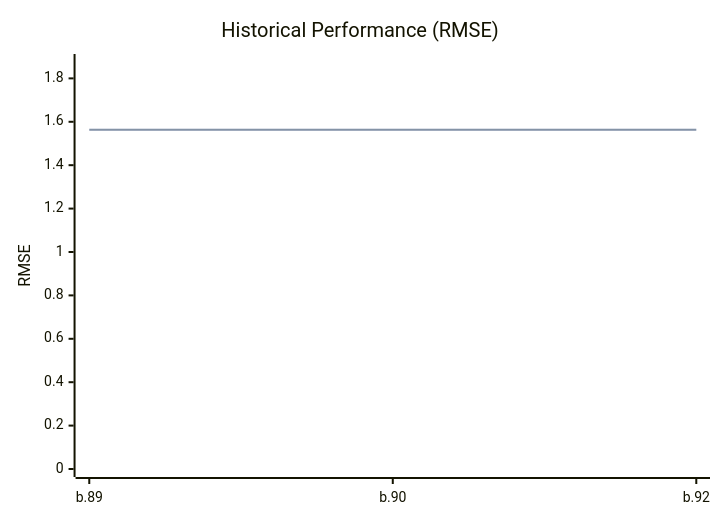
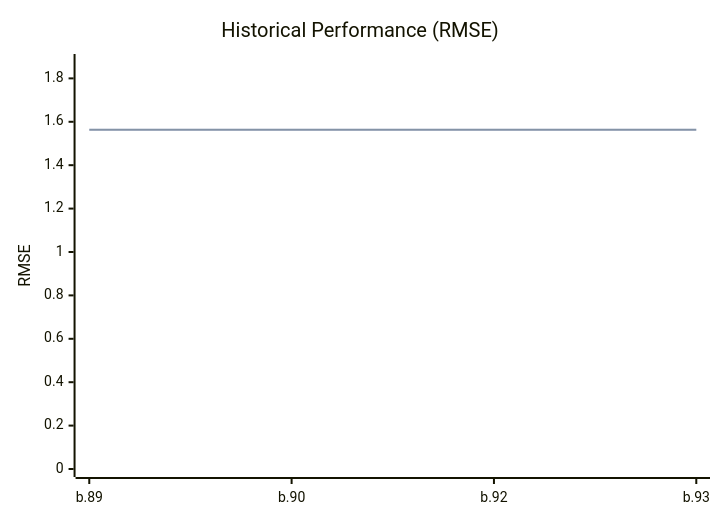
The diagram in README.md (timo-eberl/tracy), drawn with Mermaid before and after one commit. The commit also changed other lines of this file and 5 other files, not shown here.

````diff
--- a/README.md
+++ b/README.md
@@ -11,8 +11,8 @@
 ```mermaid
 xychart-beta
     title "Historical Performance (RMSE)"
-    x-axis ["b.89", "b.90", "b.92"]
+    x-axis ["b.89", "b.90", "b.92", "b.93"]
     y-axis "RMSE" 0 --> 1.8755
-    line [1.5629, 1.5629, 1.5629]
-    line [1.5629, 1.5629, 1.5629]
+    line [1.5629, 1.5629, 1.5629, 1.5629]
+    line [1.5629, 1.5629, 1.5629, 1.5629]
 ```
````
